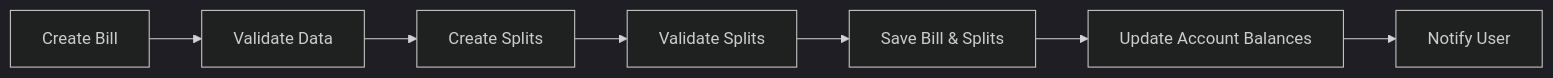
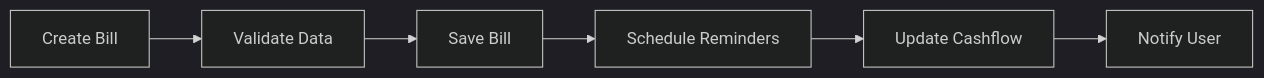
Before and after one commit to AstroMined/debtonator: the third of 6 diagrams in docs/system_patterns.md, drawn with Mermaid (dark theme). The commit also changed other lines of this file and 28 other files, not shown here.

````diff
--- a/docs/system_patterns.md
+++ b/docs/system_patterns.md
@@ -110,9 +125,8 @@
 ```mermaid
 graph LR
     A[Create Bill] --> B[Validate Data]
-    B --> C[Create Splits]
-    C --> D[Validate Splits]
-    D --> E[Save Bill & Splits]
-    E --> F[Update Account Balances]
-    F --> G[Notify User]
+    B --> C[Save Bill]
+    C --> D[Schedule Reminders]
+    D --> E[Update Cashflow]
+    E --> F[Notify User]
 ```
````
